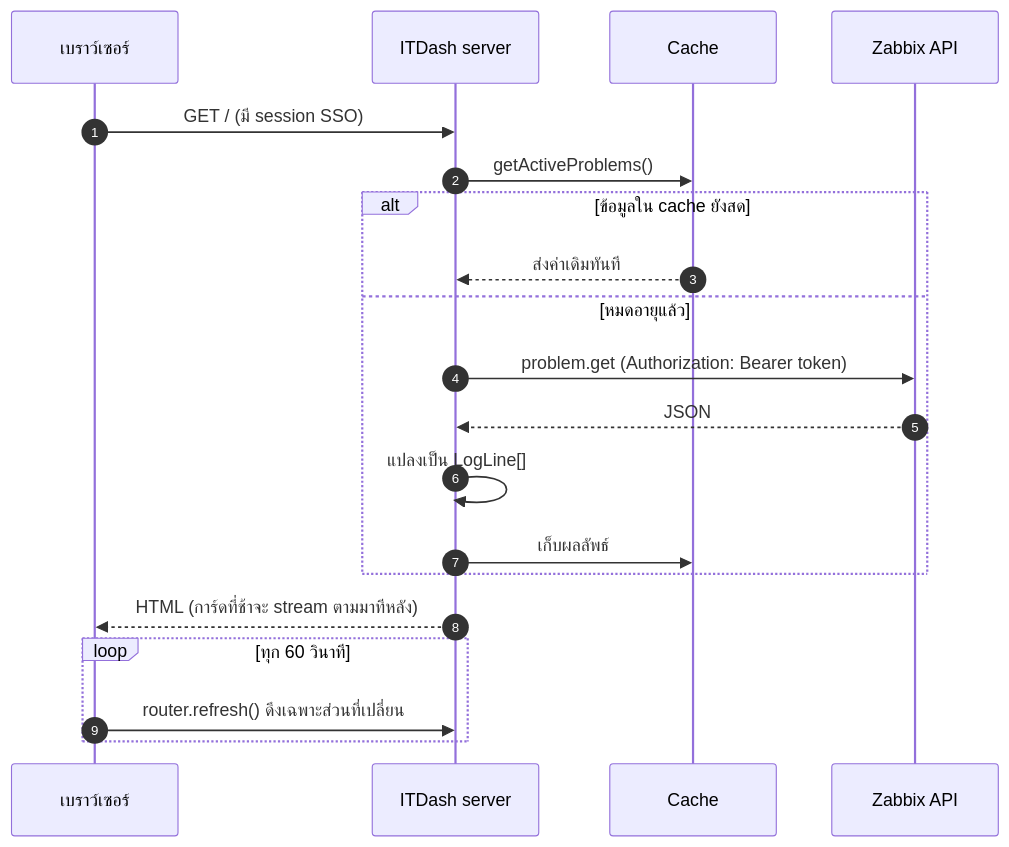
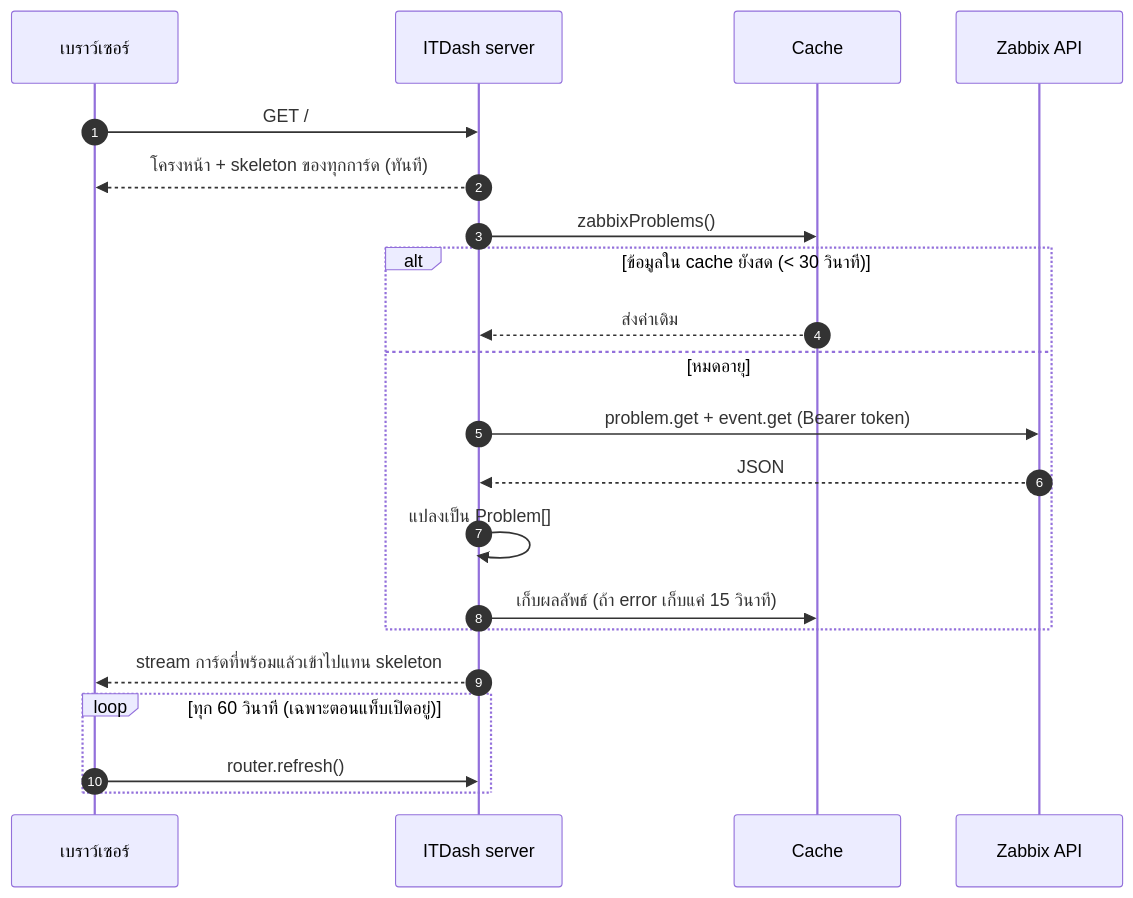
Before and after one commit to alohabyu/ITDash: the third of 6 diagrams in docs/ARCHITECTURE.md, drawn with Mermaid. The commit also changed other lines of this file and 33 other files, not shown here.

````diff
--- a/docs/ARCHITECTURE.md
+++ b/docs/ARCHITECTURE.md
@@ -86,23 +90,24 @@
 ```mermaid
 sequenceDiagram
   autonumber
   participant B as เบราว์เซอร์
   participant N as ITDash server
   participant C as Cache
   participant Z as Zabbix API
 
-  B->>N: GET /  (มี session SSO)
-  N->>C: getActiveProblems()
-  alt ข้อมูลใน cache ยังสด
-    C-->>N: ส่งค่าเดิมทันที
-  else หมดอายุแล้ว
-    N->>Z: problem.get  (Authorization: Bearer token)
+  B->>N: GET /
+  N-->>B: โครงหน้า + skeleton ของทุกการ์ด (ทันที)
+  N->>C: zabbixProblems()
+  alt ข้อมูลใน cache ยังสด (< 30 วินาที)
+    C-->>N: ส่งค่าเดิม
+  else หมดอายุ
+    N->>Z: problem.get + event.get (Bearer token)
     Z-->>N: JSON
-    N->>N: แปลงเป็น LogLine[]
-    N->>C: เก็บผลลัพธ์
+    N->>N: แปลงเป็น Problem[]
+    N->>C: เก็บผลลัพธ์ (ถ้า error เก็บแค่ 15 วินาที)
   end
-  N-->>B: HTML (การ์ดที่ช้าจะ stream ตามมาทีหลัง)
-  loop ทุก 60 วินาที
-    B->>N: router.refresh()  ดึงเฉพาะส่วนที่เปลี่ยน
+  N-->>B: stream การ์ดที่พร้อมแล้วเข้าไปแทน skeleton
+  loop ทุก 60 วินาที (เฉพาะตอนแท็บเปิดอยู่)
+    B->>N: router.refresh()
   end
 ```
````
